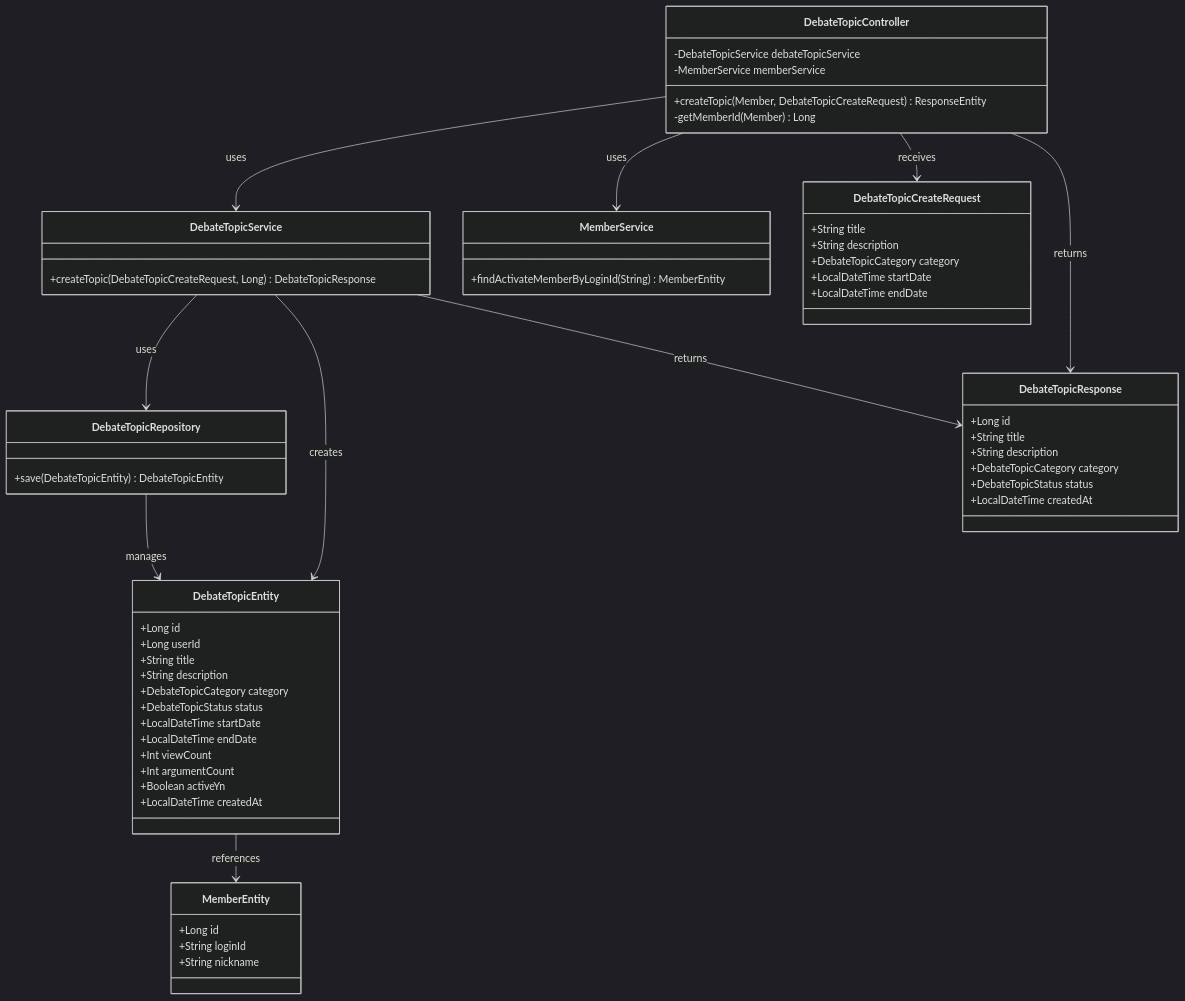
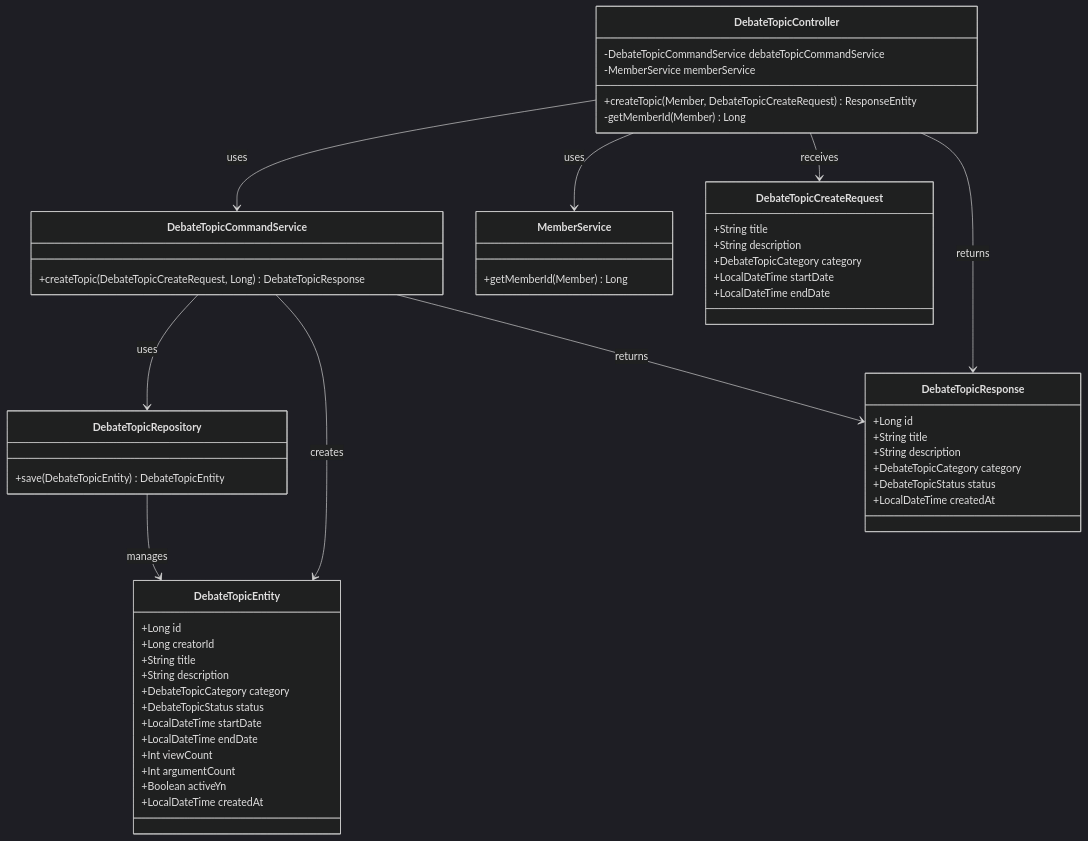
One commit to RKS-t/JungleBook changed the diagram in doc/debate/DebateTopicController/createTopic-class-diagram.md. Above: the diagram before and after it, drawn with Mermaid (dark theme). The commit also changed 18 other files, not shown here.

First line of the commit message:
docs: update Mermaid charts for CQRS services

````diff
--- a/doc/debate/DebateTopicController/createTopic-class-diagram.md
+++ b/doc/debate/DebateTopicController/createTopic-class-diagram.md
@@ -3,69 +3,62 @@
 ```mermaid
 classDiagram
     class DebateTopicController {
-        -DebateTopicService debateTopicService
+        -DebateTopicCommandService debateTopicCommandService
         -MemberService memberService
         +createTopic(Member, DebateTopicCreateRequest) ResponseEntity
         -getMemberId(Member) Long
     }
     
-    class DebateTopicService {
+    class DebateTopicCommandService {
         +createTopic(DebateTopicCreateRequest, Long) DebateTopicResponse
     }
     
     class MemberService {
-        +findActivateMemberByLoginId(String) MemberEntity
+        +getMemberId(Member) Long
     }
     
     class DebateTopicRepository {
         +save(DebateTopicEntity) DebateTopicEntity
     }
     
     class DebateTopicEntity {
         +Long id
-        +Long userId
+        +Long creatorId
         +String title
         +String description
         +DebateTopicCategory category
         +DebateTopicStatus status
         +LocalDateTime startDate
         +LocalDateTime endDate
         +Int viewCount
         +Int argumentCount
         +Boolean activeYn
         +LocalDateTime createdAt
     }
     
     class DebateTopicCreateRequest {
         +String title
         +String description
         +DebateTopicCategory category
         +LocalDateTime startDate
         +LocalDateTime endDate
     }
     
     class DebateTopicResponse {
         +Long id
         +String title
         +String description
         +DebateTopicCategory category
         +DebateTopicStatus status
         +LocalDateTime createdAt
     }
     
-    class MemberEntity {
-        +Long id
-        +String loginId
-        +String nickname
-    }
-    
-    DebateTopicController --> DebateTopicService : uses
+    DebateTopicController --> DebateTopicCommandService : uses
     DebateTopicController --> MemberService : uses
-    DebateTopicService --> DebateTopicRepository : uses
+    DebateTopicCommandService --> DebateTopicRepository : uses
     DebateTopicRepository --> DebateTopicEntity : manages
-    DebateTopicService --> DebateTopicEntity : creates
-    DebateTopicService --> DebateTopicResponse : returns
+    DebateTopicCommandService --> DebateTopicEntity : creates
+    DebateTopicCommandService --> DebateTopicResponse : returns
     DebateTopicController --> DebateTopicCreateRequest : receives
     DebateTopicController --> DebateTopicResponse : returns
-    DebateTopicEntity --> MemberEntity : references
 ```
````
